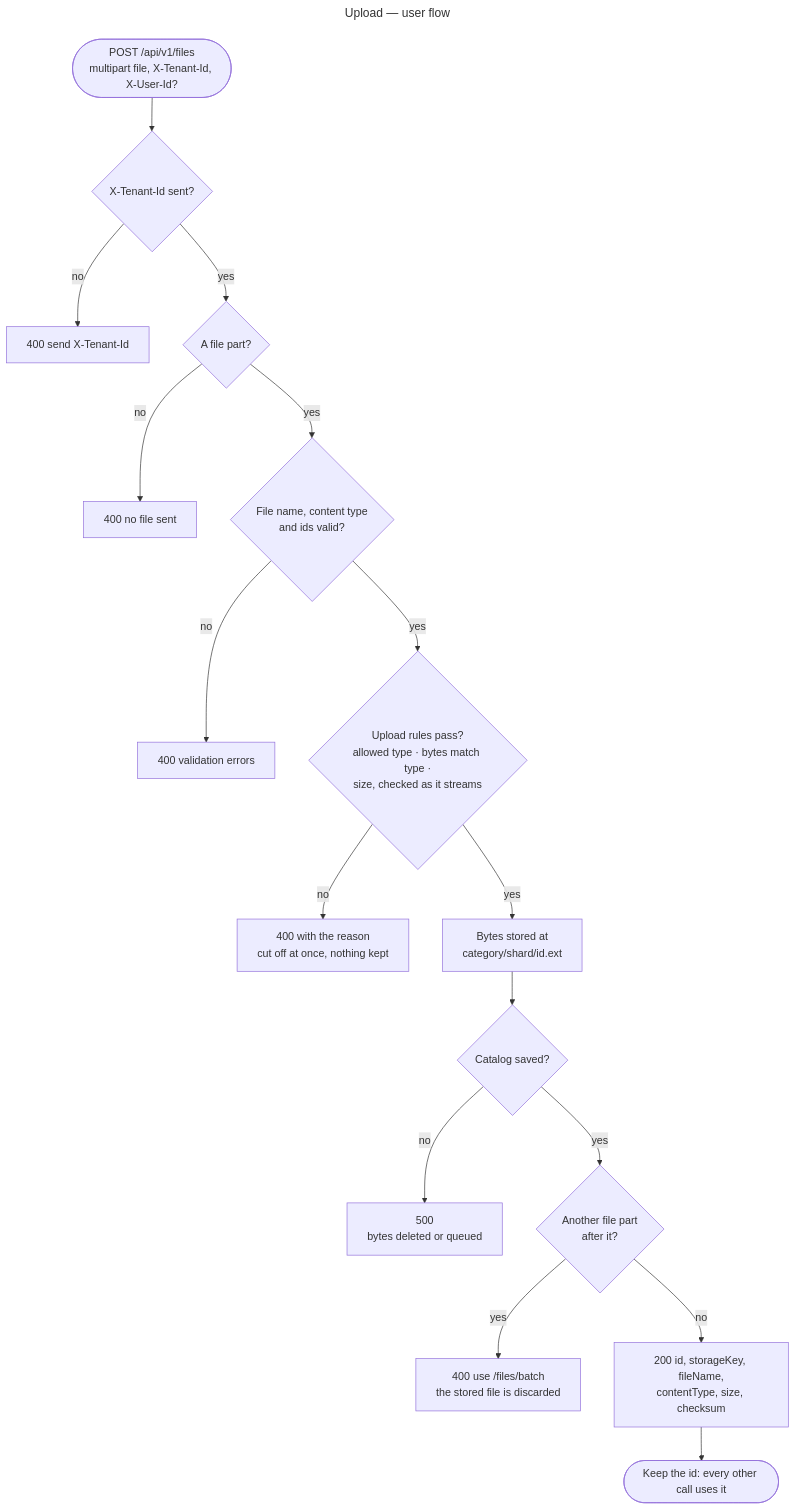
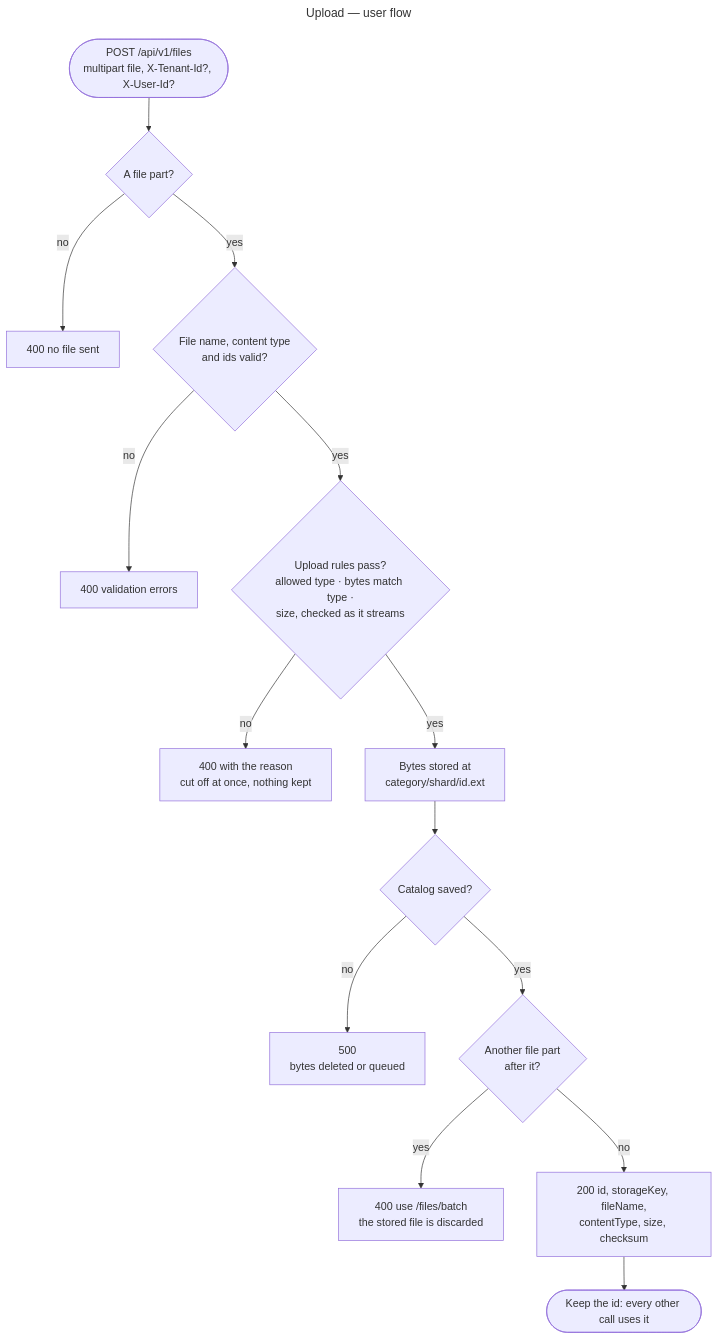
Before and after one commit to gmetskhvarishvili/GM.FileStorage.Samples: the third of 12 diagrams in docs/user-flows.md, drawn with Mermaid. The commit also changed other lines of this file and 17 other files, not shown here.

````diff
--- a/docs/user-flows.md
+++ b/docs/user-flows.md
@@ -69,21 +69,19 @@
 ```mermaid
 ---
 title: Upload — user flow
 ---
 flowchart TD
-    start([POST /api/v1/files<br/>multipart file, X-Tenant-Id, X-User-Id?]) --> tenant{X-Tenant-Id sent?}
-    tenant -- no --> t400[400 send X-Tenant-Id]
-    tenant -- yes --> any{A file part?}
+    start([POST /api/v1/files<br/>multipart file, X-Tenant-Id?, X-User-Id?]) --> any{A file part?}
     any -- no --> n400[400 no file sent]
     any -- yes --> valid{File name, content type<br/>and ids valid?}
     valid -- no --> v400[400 validation errors]
     valid -- yes --> rules{Upload rules pass?<br/>allowed type · bytes match type ·<br/>size, checked as it streams}
     rules -- no --> r400[400 with the reason<br/>cut off at once, nothing kept]
     rules -- yes --> stored[Bytes stored at<br/>category/shard/id.ext]
     stored --> saved{Catalog saved?}
     saved -- no --> e500[500<br/>bytes deleted or queued]
     saved -- yes --> more{Another file part<br/>after it?}
     more -- yes --> m400[400 use /files/batch<br/>the stored file is discarded]
     more -- no --> ok[200 id, storageKey, fileName,<br/>contentType, size, checksum]
     ok --> next([Keep the id: every other call uses it])
 ```
````
